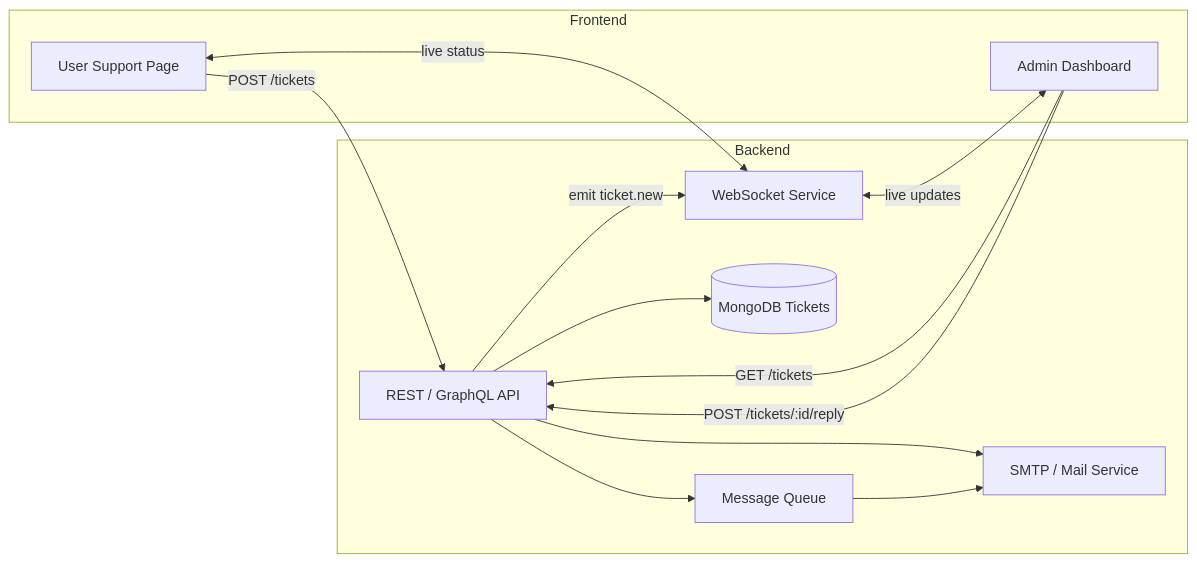
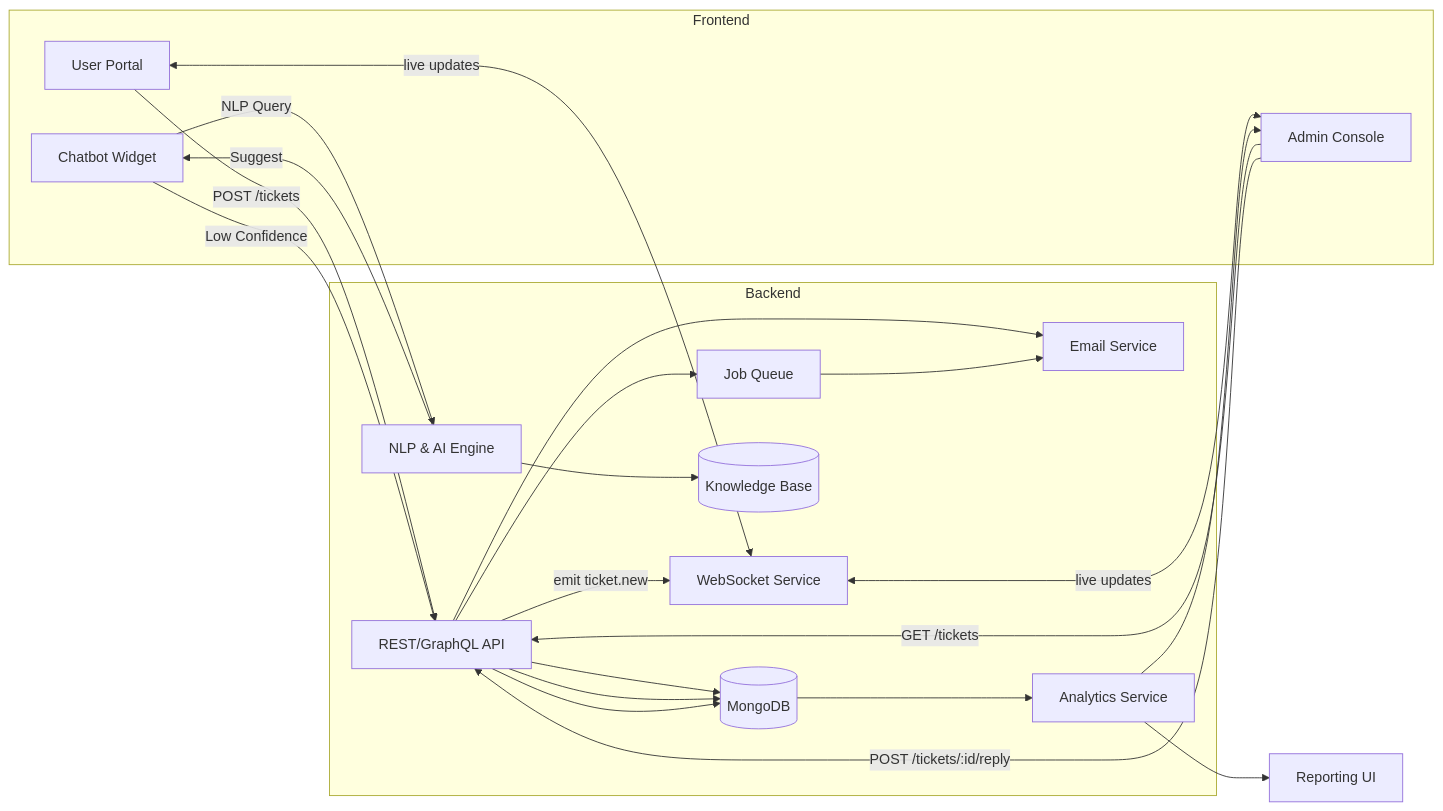
The first of 4 diagrams in README.md (DevTeam-DVIKA/support), drawn with Mermaid before and after one commit. The commit also changed other lines of this file, not shown here.

````diff
--- a/README.md
+++ b/README.md
@@ -7,26 +9,35 @@
 ```mermaid
 flowchart LR
   subgraph Frontend
-    U[User Support Page]
-    A[Admin Dashboard]
+    U[User Portal]
+    CB[Chatbot Widget]
+    A[Admin Console]
   end
 
   subgraph Backend
-    API[REST / GraphQL API]
+    API[REST/GraphQL API]
     WS[WebSocket Service]
-    DB[(MongoDB Tickets)]
-    Mail[SMTP / Mail Service]
-    Queue[Message Queue]
+    NLP[NLP & AI Engine]
+    DB[(MongoDB)]
+    KB[(Knowledge Base)]
+    Mail[Email Service]
+    Queue[Job Queue]
+    Analytics[Analytics Service]
   end
 
-  U -->|POST /tickets| API
-  API --> DB
+  U -->|POST /tickets| API --> DB
   API -->|emit ticket.new| WS
   API --> Mail
+  CB -->|NLP Query| NLP --> KB
+  NLP -->|Suggest| CB
+  CB -->|Low Confidence| API
+  API --> DB
   A -->|GET /tickets| API
-  A -->|POST /tickets/:id/reply| API
-  API --> Queue
-  Queue --> Mail
+  A -->|POST /tickets/:id/reply| API --> DB
+  API --> Queue --> Mail
   WS <-->|live updates| A
-  WS <-->|live status| U
+  WS <-->|live updates| U
+  DB --> Analytics
+  Analytics --> A
+  Analytics --> Dashboard[Reporting UI]
 ```
````
